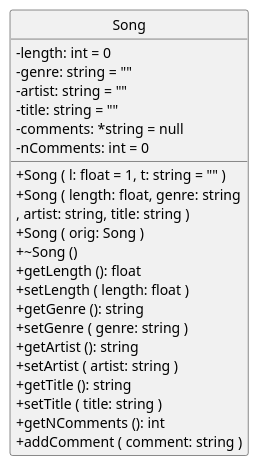
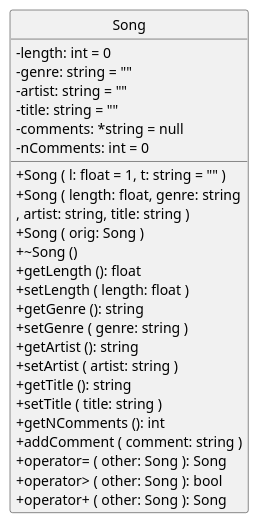
The diagram in classDiagram_PlantUML.puml (algarcia-ujaen/MusicProject_OOP2223), drawn with PlantUML before and after one commit. The commit also changed 4 other files, not shown here.

```diff
--- a/classDiagram_PlantUML.puml
+++ b/classDiagram_PlantUML.puml
@@ -1,33 +1,36 @@
 @startuml
 'https://plantuml.com/class-diagram
 
 'removes the circle with a "C"
 hide circle
 'changes the symbols leading the attributes and methods
 skinparam ClassAttributeIconSize 0
 
 class Song{
    - length: int = 0
    - genre: string = ""
    - artist: string = ""
    - title: string = ""
    - comments: *string = null
    - nComments: int = 0
    + Song ( l: float = 1, t: string = "" )
    + Song ( length: float, genre: string
           , artist: string, title: string )
    + Song ( orig: Song )
    + ~Song ()
    + getLength (): float
    + setLength ( length: float )
    + getGenre (): string
    + setGenre ( genre: string )
    + getArtist (): string
    + setArtist ( artist: string )
    + getTitle (): string
    + setTitle ( title: string )
    + getNComments (): int
    + addComment ( comment: string )
+   + operator= ( other: Song ): Song
+   + operator> ( other: Song ): bool
+   + operator+ ( other: Song ): Song
 }
 
 @enduml
```
